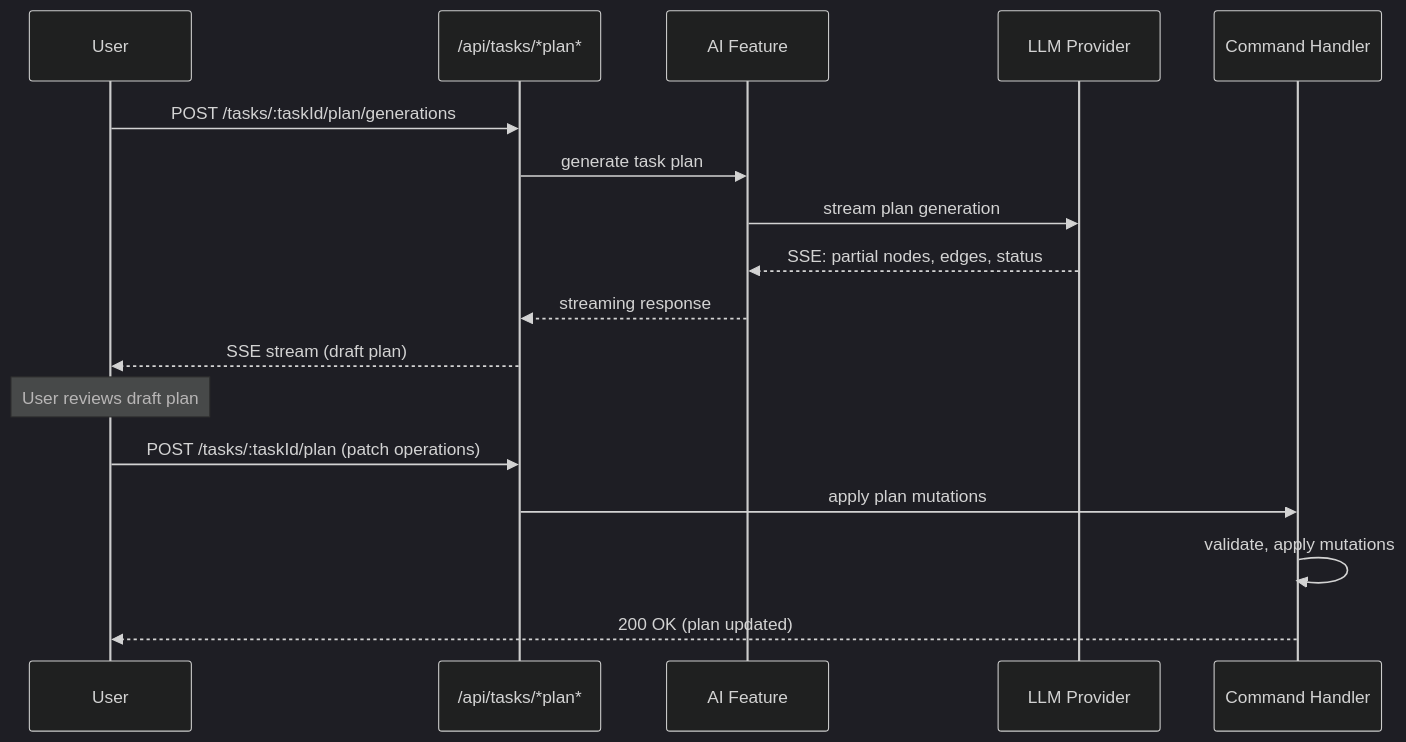
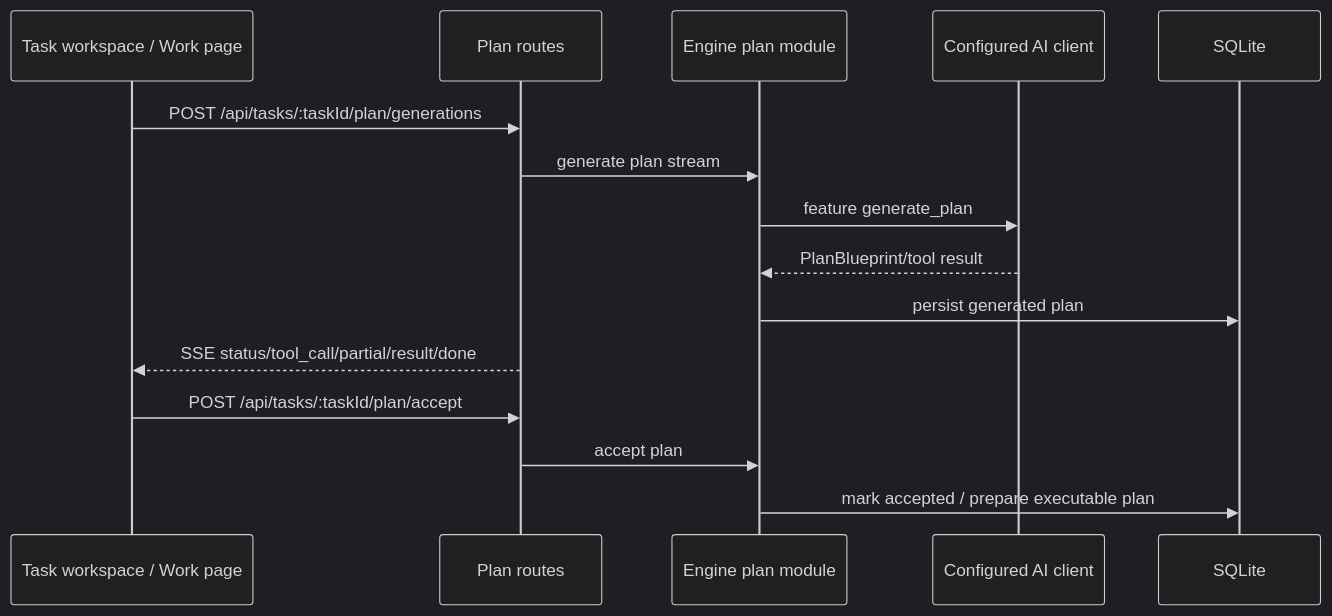
One commit to saya-ashen/Chrona changed the third of 4 diagrams in docs/architecture.md. Above: the diagram before and after it, drawn with Mermaid (dark theme). The commit also changed other lines of this file and 53 other files, not shown here.

````diff
--- a/docs/architecture.md
+++ b/docs/architecture.md
@@ -248,20 +87,18 @@
 ```mermaid
 sequenceDiagram
-    participant U as User
-    participant API as /api/tasks/*plan*
-    participant AI as AI Feature
-    participant LLM as LLM Provider
-    participant CMD as Command Handler
+  participant UI as Task workspace / Work page
+  participant API as Plan routes
+  participant E as Engine plan module
+  participant AI as Configured AI client
+  participant DB as SQLite
 
-    U->>API: POST /tasks/:taskId/plan/generations
-    API->>AI: generate task plan
-    AI->>LLM: stream plan generation
-    LLM-->>AI: SSE: partial nodes, edges, status
-    AI-->>API: streaming response
-    API-->>U: SSE stream (draft plan)
-    Note over U: User reviews draft plan
-    U->>API: POST /tasks/:taskId/plan (patch operations)
-    API->>CMD: apply plan mutations
-    CMD->>CMD: validate, apply mutations
-    CMD-->>U: 200 OK (plan updated)
+  UI->>API: POST /api/tasks/:taskId/plan/generations
+  API->>E: generate plan stream
+  E->>AI: feature generate_plan
+  AI-->>E: PlanBlueprint/tool result
+  E->>DB: persist generated plan
+  API-->>UI: SSE status/tool_call/partial/result/done
+  UI->>API: POST /api/tasks/:taskId/plan/accept
+  API->>E: accept plan
+  E->>DB: mark accepted / prepare executable plan
 ```
````
